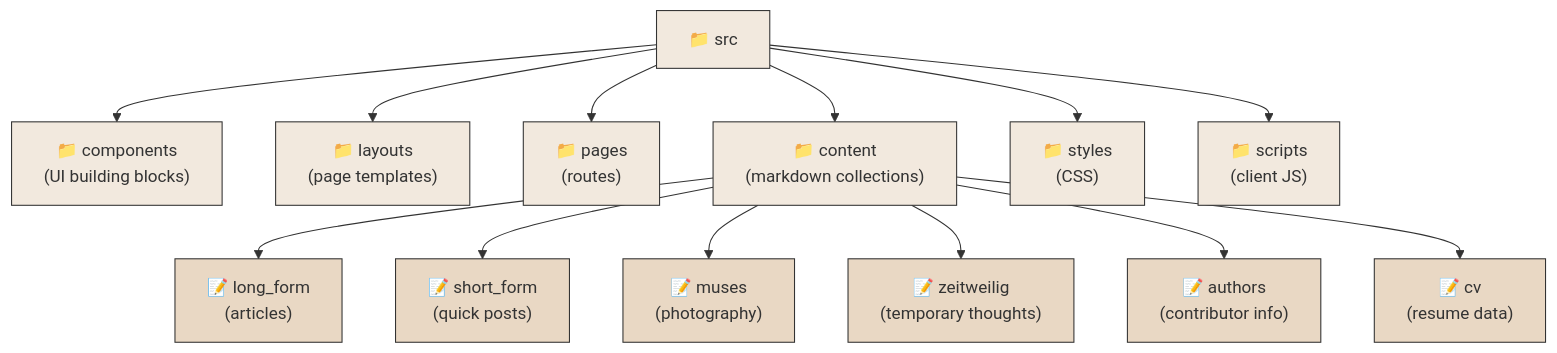
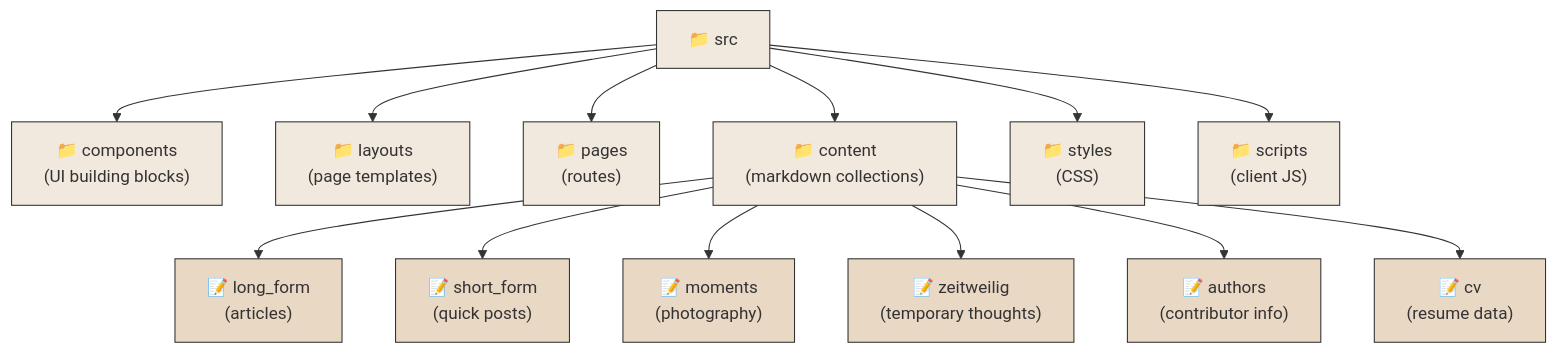
The second of 9 diagrams in README.md (michalroziel/revista-3), drawn with Mermaid before and after one commit. The commit also changed other lines of this file and 55 other files, not shown here.

````diff
--- a/README.md
+++ b/README.md
@@ -42,22 +42,22 @@
 ```mermaid
 graph TD
     classDef mainDir fill:#f2e9de,stroke:#333,stroke-width:1px
     classDef contentDir fill:#e9d8c4,stroke:#333,stroke-width:1px
     
     B["📁 src"] --> E["📁 components<br>(UI building blocks)"]
     B --> F["📁 layouts<br>(page templates)"]
     B --> G["📁 pages<br>(routes)"]
     B --> H["📁 content<br>(markdown collections)"]
     B --> I["📁 styles<br>(CSS)"]
     B --> J["📁 scripts<br>(client JS)"]
     
     H --> K["📝 long_form<br>(articles)"]
     H --> L["📝 short_form<br>(quick posts)"]
-    H --> M["📝 muses<br>(photography)"]
+    H --> M["📝 moments<br>(photography)"]
     H --> N["📝 zeitweilig<br>(temporary thoughts)"]
     H --> O["📝 authors<br>(contributor info)"]
     H --> P["📝 cv<br>(resume data)"]
     
     class B,E,F,G,H,I,J mainDir
     class K,L,M,N,O,P contentDir
 ```
````
